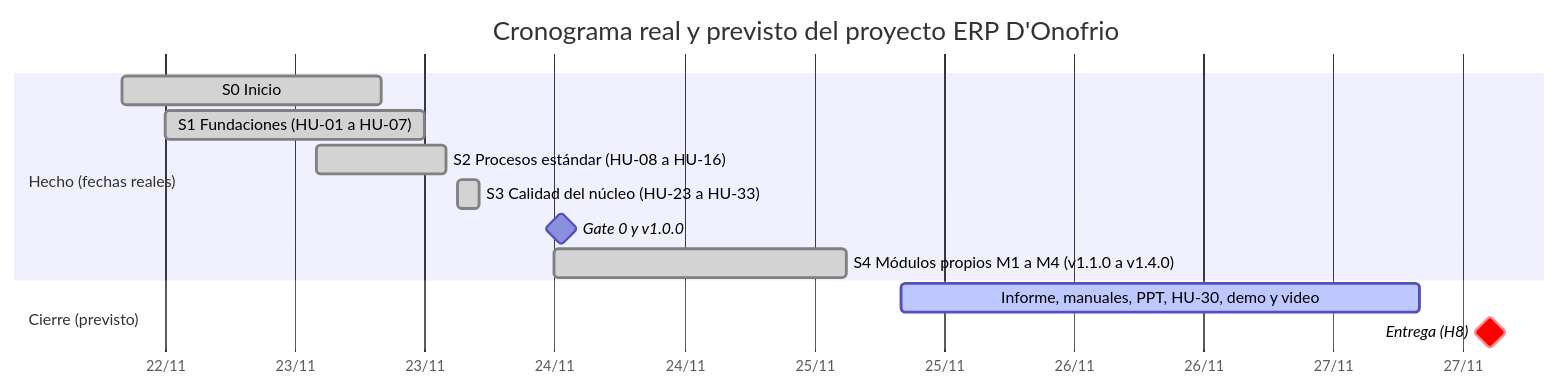
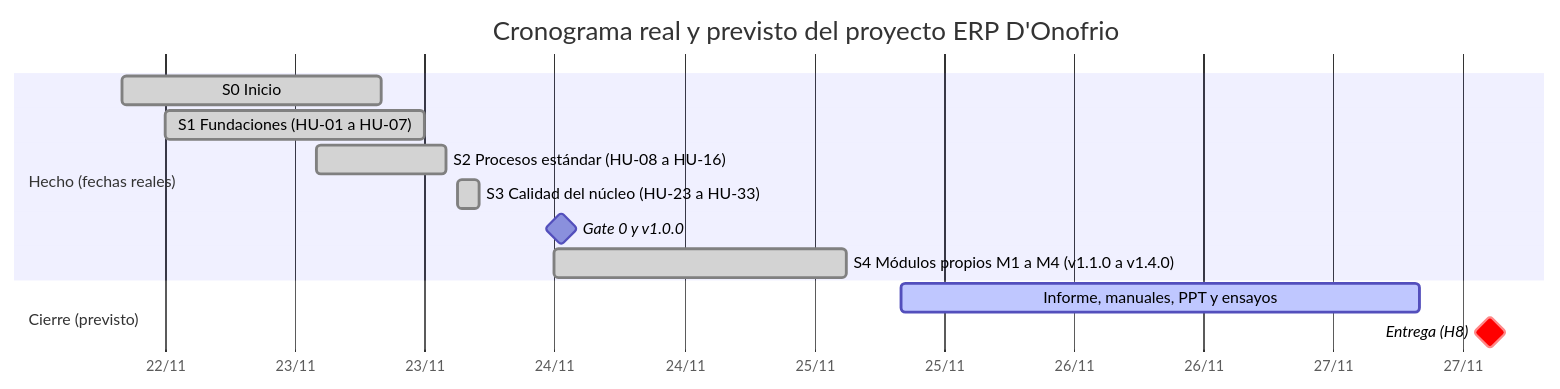
One commit to orlando572/erp-donofrio changed the diagram in docs/informe/04_02_calendarizacion.md. Above: the diagram before and after it, drawn with Mermaid. The commit also changed other lines of this file and 38 other files, not shown here.

First line of the commit message:
docs(informe): sin resultados de usabilidad con personas, demo ni video; 6.12 con revisión por roles y heurísticas; acta del S4 [S4]

````diff
--- a/docs/informe/04_02_calendarizacion.md
+++ b/docs/informe/04_02_calendarizacion.md
@@ -28,16 +27,16 @@
 ```mermaid
 gantt
     title Cronograma real y previsto del proyecto ERP D'Onofrio
     dateFormat YYYY-MM-DD HH:mm
     axisFormat %d/%m
     section Hecho (fechas reales)
     S0 Inicio                      :done, s0, 2026-11-22 08:00, 1d
     S1 Fundaciones (HU-01 a HU-07) :done, s1, 2026-11-22 12:00, 1d
     S2 Procesos estándar (HU-08 a HU-16) :done, s2, 2026-11-23 02:00, 12h
     S3 Calidad del núcleo (HU-23 a HU-33) :done, s3, 2026-11-23 15:00, 2h
     Gate 0 y v1.0.0                :milestone, g0, 2026-11-24 00:38, 0d
     S4 Módulos propios M1 a M4 (v1.1.0 a v1.4.0) :done, s4, 2026-11-23 23:58, 27h
     section Cierre (previsto)
-    Informe, manuales, PPT, HU-30, demo y video :active, cierre, 2026-11-25 08:00, 2d
+    Informe, manuales, PPT y ensayos :active, cierre, 2026-11-25 08:00, 2d
     Entrega (H8)                   :crit, milestone, h8, 2026-11-27 14:30, 0d
 ```
````
